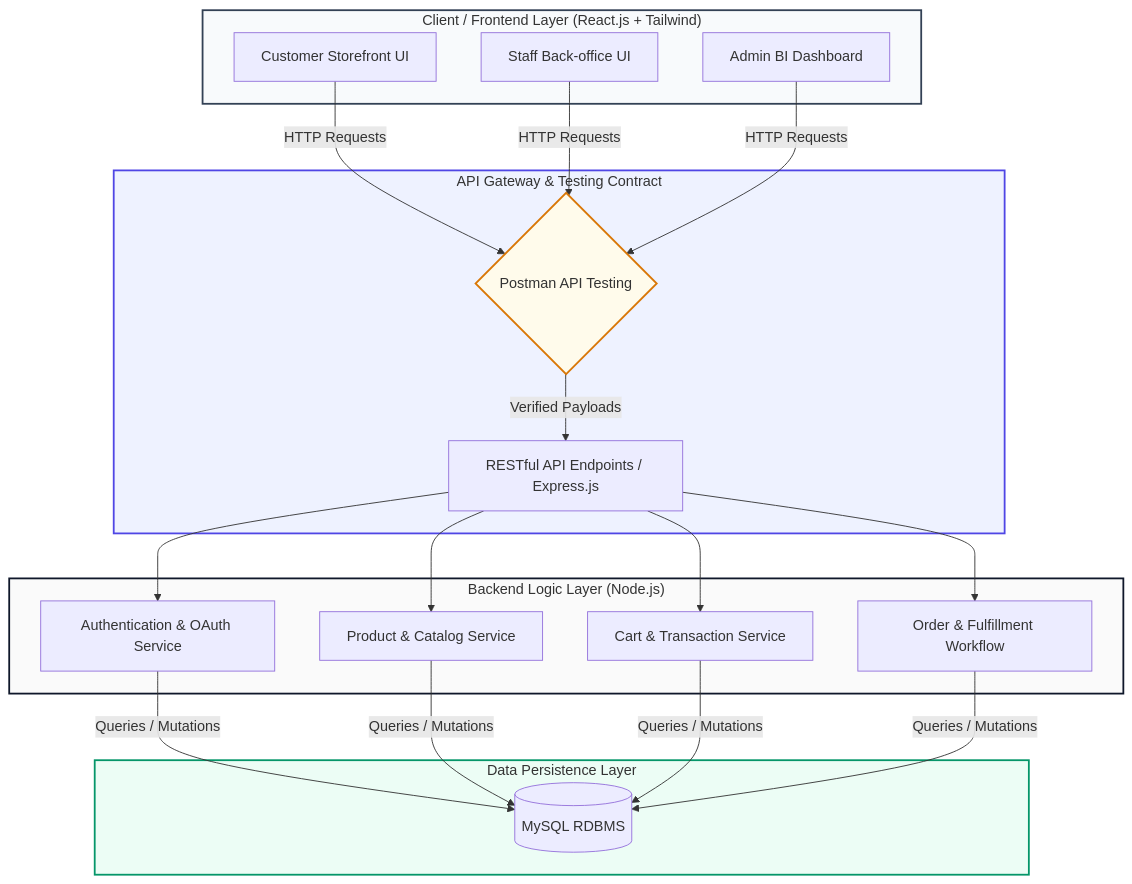
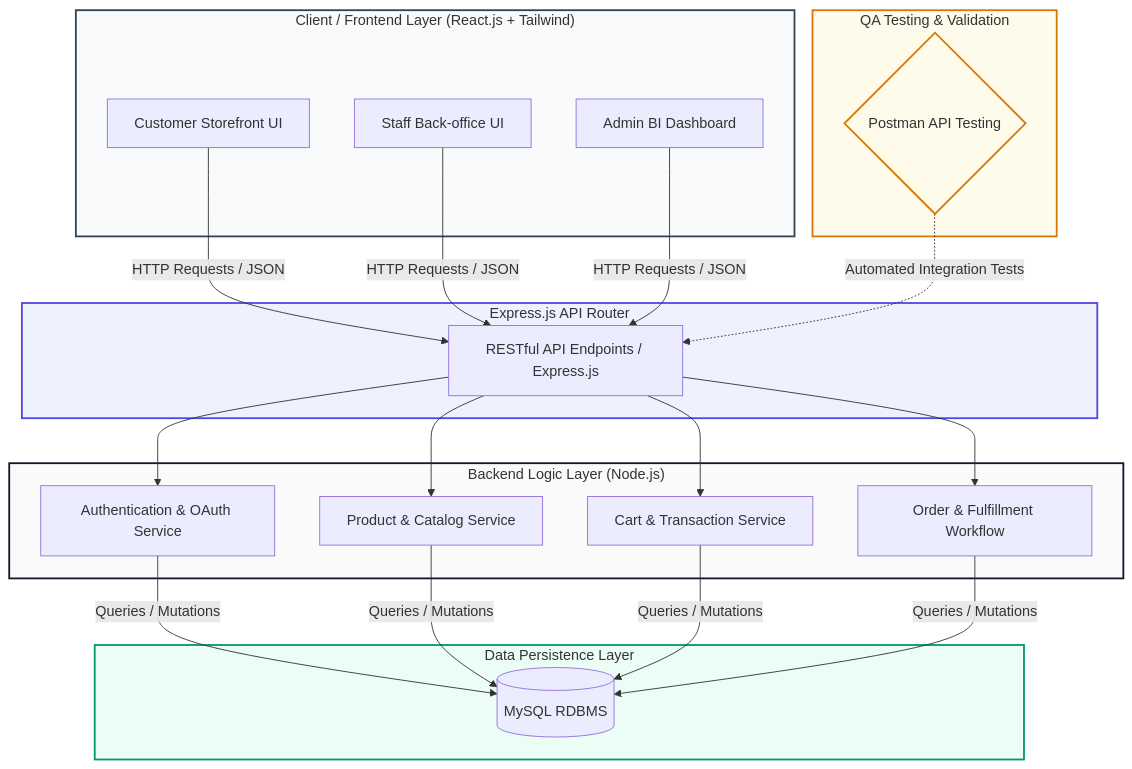
The diagram in README.md (SupvichSpuGM/online-bookstore), drawn with Mermaid before and after one commit. The commit also changed other lines of this file and 3 other files, not shown here.

````diff
--- a/README.md
+++ b/README.md
@@ -72,52 +72,56 @@
 ```mermaid
 graph TD
     %% User Layer
     subgraph Client_Layer ["Client / Frontend Layer (React.js + Tailwind)"]
         Actor_Customer[Customer Storefront UI]
         Actor_Staff[Staff Back-office UI]
         Actor_Admin[Admin BI Dashboard]
     end
 
-    %% API Gateway & Testing Layer
-    subgraph Integration_Layer ["API Gateway & Testing Contract"]
+    %% API Gateway & Routing Layer
+    subgraph Integration_Layer ["Express.js API Router"]
+        API_Routes[RESTful API Endpoints / Express.js]
+    end
+    
+    subgraph QA_Layer ["QA Testing & Validation"]
         Postman_QA{Postman API Testing}
-        API_Routes[RESTful API Endpoints / Express.js]
     end
 
     %% Backend Service Layer
     subgraph Backend_Layer ["Backend Logic Layer (Node.js)"]
         Auth_Service[Authentication & OAuth Service]
         Product_Service[Product & Catalog Service]
         Cart_Service[Cart & Transaction Service]
         Order_Service[Order & Fulfillment Workflow]
     end
 
     %% Data Layer
     subgraph Storage_Layer ["Data Persistence Layer"]
         DB_MySQL[(MySQL RDBMS)]
     end
 
     %% Data Flow Connections
-    Actor_Customer -->|HTTP Requests| Postman_QA
-    Actor_Staff -->|HTTP Requests| Postman_QA
-    Actor_Admin -->|HTTP Requests| Postman_QA
+    Actor_Customer -->|HTTP Requests / JSON| API_Routes
+    Actor_Staff -->|HTTP Requests / JSON| API_Routes
+    Actor_Admin -->|HTTP Requests / JSON| API_Routes
     
-    Postman_QA -->|Verified Payloads| API_Routes
+    Postman_QA -.->|Automated Integration Tests| API_Routes
     
     API_Routes --> Auth_Service
     API_Routes --> Product_Service
     API_Routes --> Cart_Service
     API_Routes --> Order_Service
 
     Auth_Service -->|Queries / Mutations| DB_MySQL
     Product_Service -->|Queries / Mutations| DB_MySQL
     Cart_Service -->|Queries / Mutations| DB_MySQL
     Order_Service -->|Queries / Mutations| DB_MySQL
 
     %% Styling Elements
     style Client_Layer fill:#f8fafc,stroke:#334155,stroke-width:2px;
     style Integration_Layer fill:#eef2ff,stroke:#4f46e5,stroke-width:2px;
     style Backend_Layer fill:#fafafa,stroke:#0f172a,stroke-width:2px;
     style Storage_Layer fill:#ecfdf5,stroke:#059669,stroke-width:2px;
+    style QA_Layer fill:#fffbeb,stroke:#d97706,stroke-width:2px;
     style Postman_QA fill:#fffbeb,stroke:#d97706,stroke-width:2px;
 ```
````
